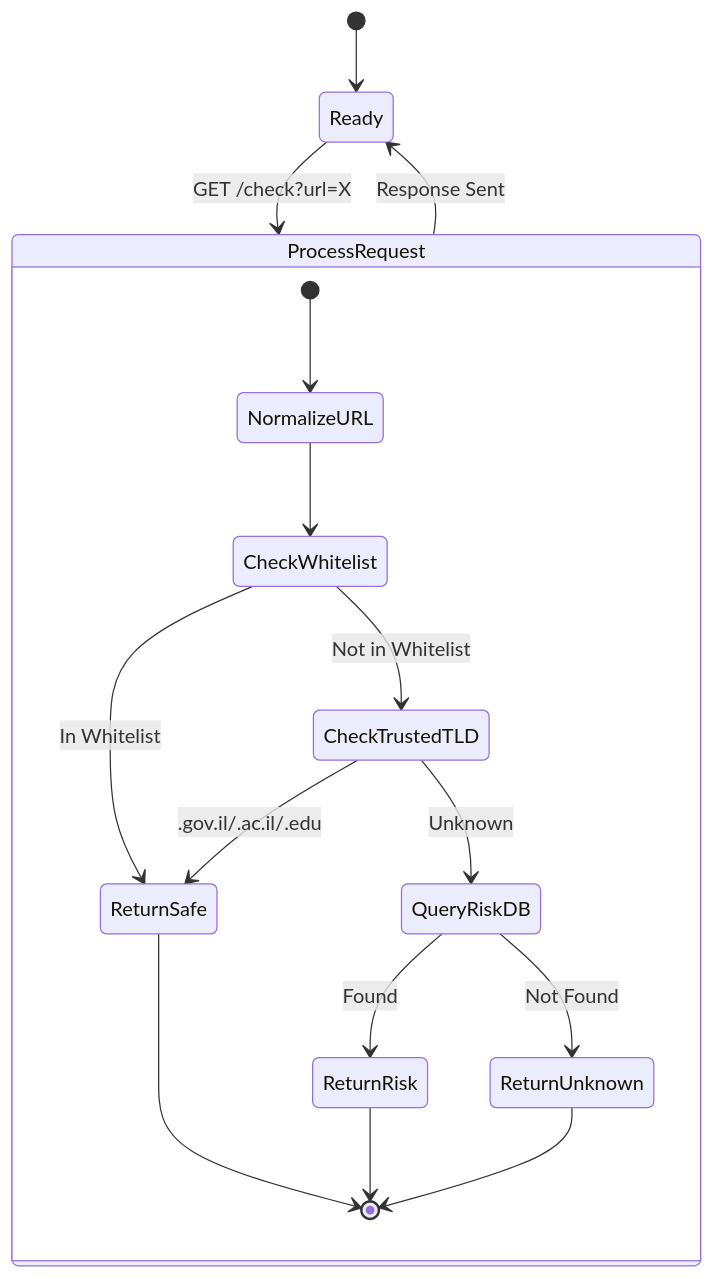
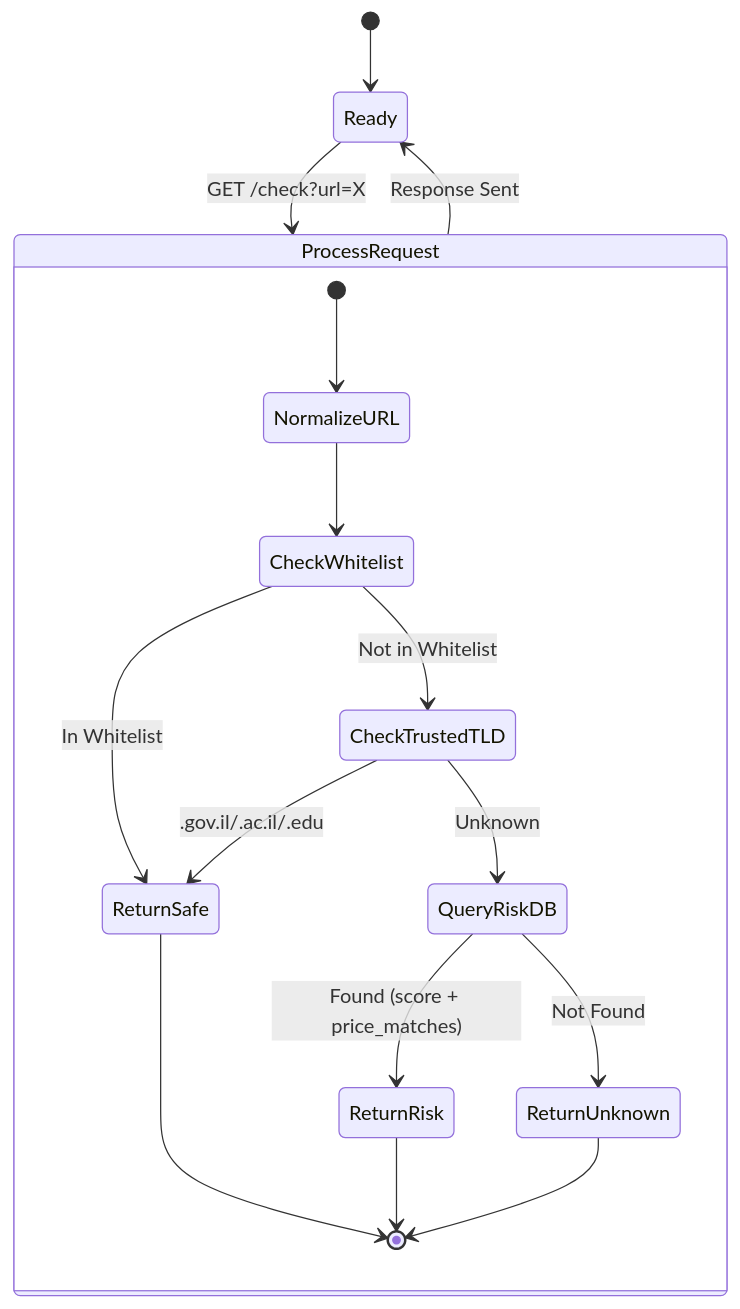
Before and after one commit to Rani-Maman/Adora: the fourth of 6 diagrams in docs/architecture.md, drawn with Mermaid. The commit also changed other lines of this file and 21 other files, not shown here.

````diff
--- a/docs/architecture.md
+++ b/docs/architecture.md
@@ -112,24 +116,24 @@
 ```mermaid
 stateDiagram-v2
     direction TB
     
     [*] --> Ready
     
     Ready --> ProcessRequest: GET /check?url=X
     
     state ProcessRequest {
         [*] --> NormalizeURL
         NormalizeURL --> CheckWhitelist
         CheckWhitelist --> ReturnSafe: In Whitelist
         CheckWhitelist --> CheckTrustedTLD: Not in Whitelist
         CheckTrustedTLD --> ReturnSafe: .gov.il/.ac.il/.edu
         CheckTrustedTLD --> QueryRiskDB: Unknown
-        QueryRiskDB --> ReturnRisk: Found
+        QueryRiskDB --> ReturnRisk: Found (score + price_matches)
         QueryRiskDB --> ReturnUnknown: Not Found
         ReturnSafe --> [*]
         ReturnRisk --> [*]
         ReturnUnknown --> [*]
     }
     
     ProcessRequest --> Ready: Response Sent
 ```
````
